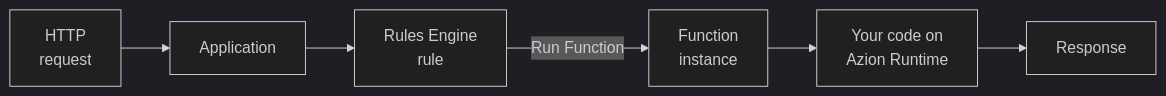
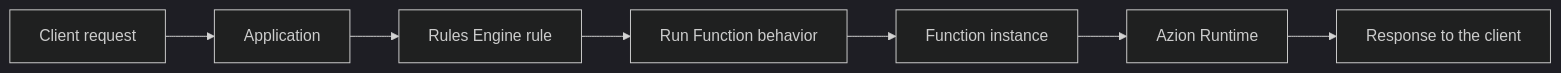
One commit to souzavinny/azion-docs changed the diagram in src/content/docs/en/pages/main-menu/reference/build/edge-application/edge-functions.mdx. Above: the diagram before and after it, drawn with Mermaid (dark theme). The commit also changed other lines of this file and 15 other files, not shown here.

````diff
--- a/src/content/docs/en/pages/main-menu/reference/build/edge-application/edge-functions.mdx
+++ b/src/content/docs/en/pages/main-menu/reference/build/edge-application/edge-functions.mdx
@@ -55,8 +56,9 @@
 ```mermaid
 flowchart LR
-  Req["HTTP<br/>request"] --> App["Application"]
-  App --> Rule["Rules Engine<br/>rule"]
-  Rule -->|Run Function| Inst["Function<br/>instance"]
-  Inst --> Fn["Your code on<br/>Azion Runtime"]
-  Fn --> Res["Response"]
+  Client[Client request] --> App[Application]
+  App --> Rule[Rules Engine rule]
+  Rule --> Behavior[Run Function behavior]
+  Behavior --> Instance[Function instance]
+  Instance --> Runtime[Azion Runtime]
+  Runtime --> Response[Response to the client]
 ```
````
